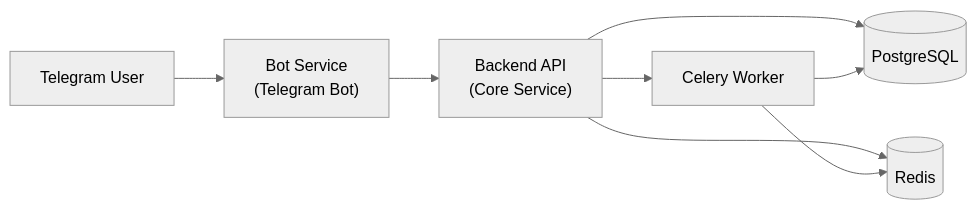
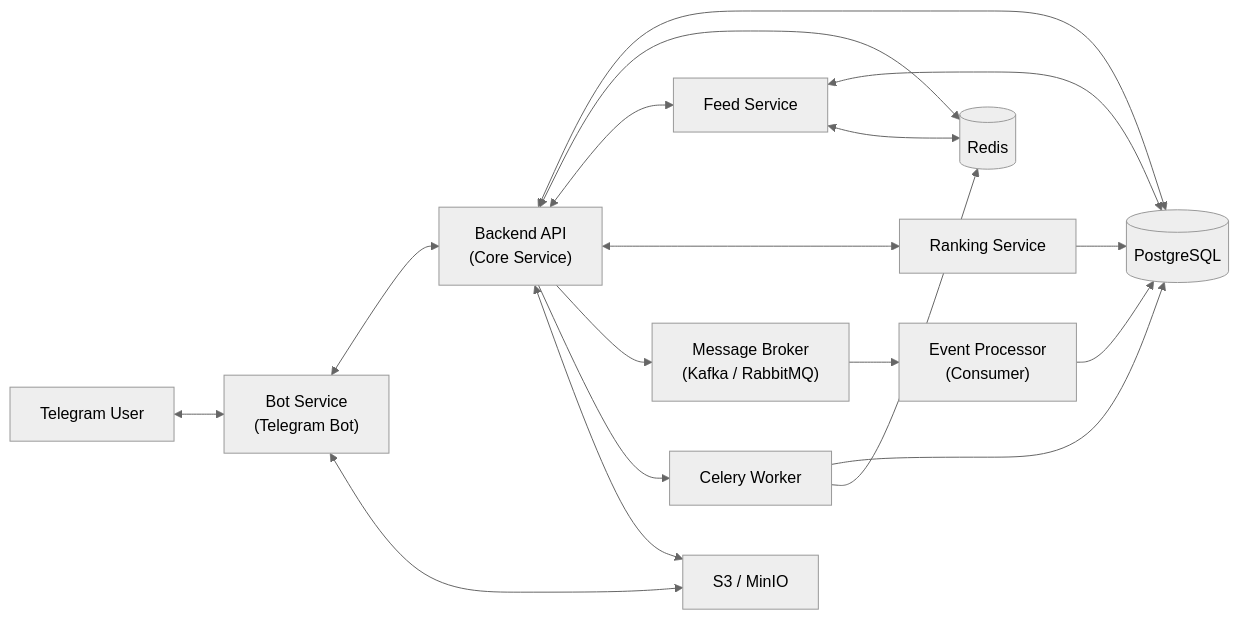
Before and after one commit to wrnass1/dating-bot: the diagram in ARCHITECTURE.md, drawn with Mermaid (neutral theme).

````diff
--- a/ARCHITECTURE.md
+++ b/ARCHITECTURE.md
@@ -1,21 +1,44 @@
 ```mermaid
 flowchart LR
 
 User["Telegram User"]
 
 Bot["Bot Service\n(Telegram Bot)"]
 API["Backend API\n(Core Service)"]
+
 DB[(PostgreSQL)]
 Cache[(Redis)]
+
 Worker["Celery Worker"]
+Queue["Message Broker\n(Kafka / RabbitMQ)"]
 
-User --> Bot
-Bot --> API
+EventService["Event Processor\n(Consumer)"]
+Ranking["Ranking Service"]
+Feed["Feed Service"]
 
-API --> DB
-API --> Cache
+Storage["S3 / MinIO"]
+
+User <--> Bot
+Bot <--> API
+
+API <--> DB
+API <--> Cache
+
+API <--> Feed
+Feed <--> DB
+Feed <--> Cache
+
+API <--> Ranking
+Ranking --> DB
+
+API --> Queue
+Queue --> EventService
+EventService --> DB
 
 API --> Worker
 Worker --> DB
 Worker --> Cache
+
+API <--> Storage
+Bot <--> Storage
 ```
````
